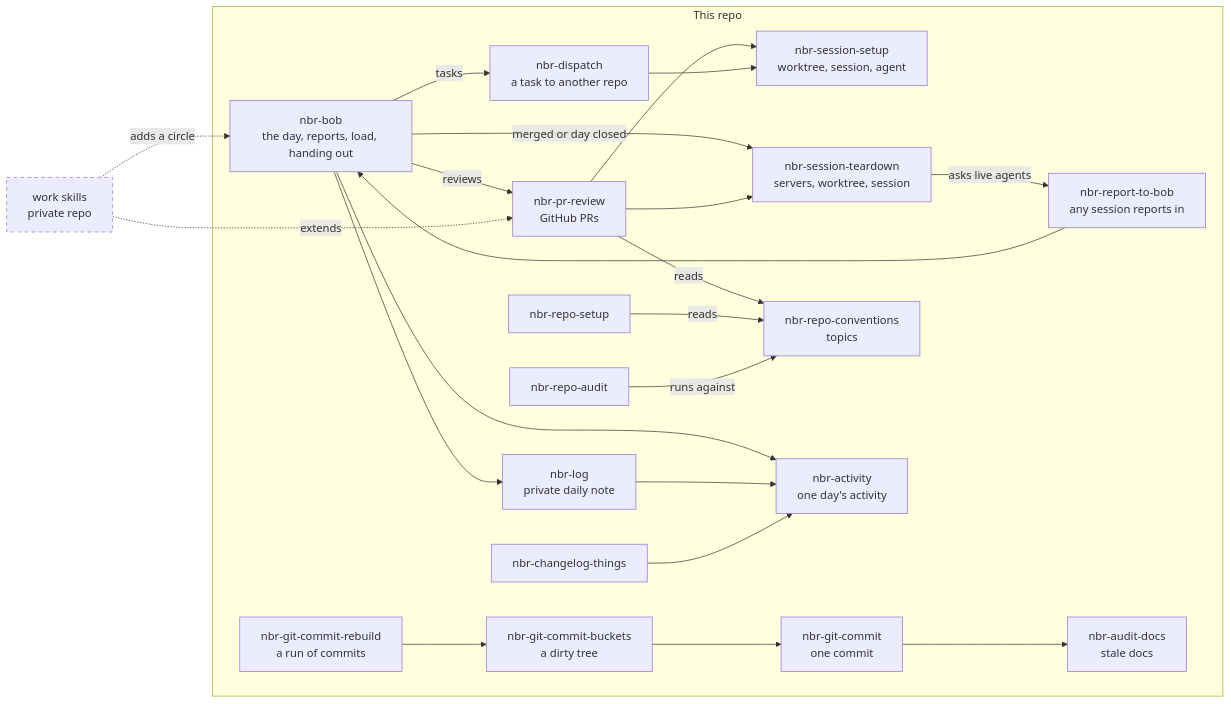
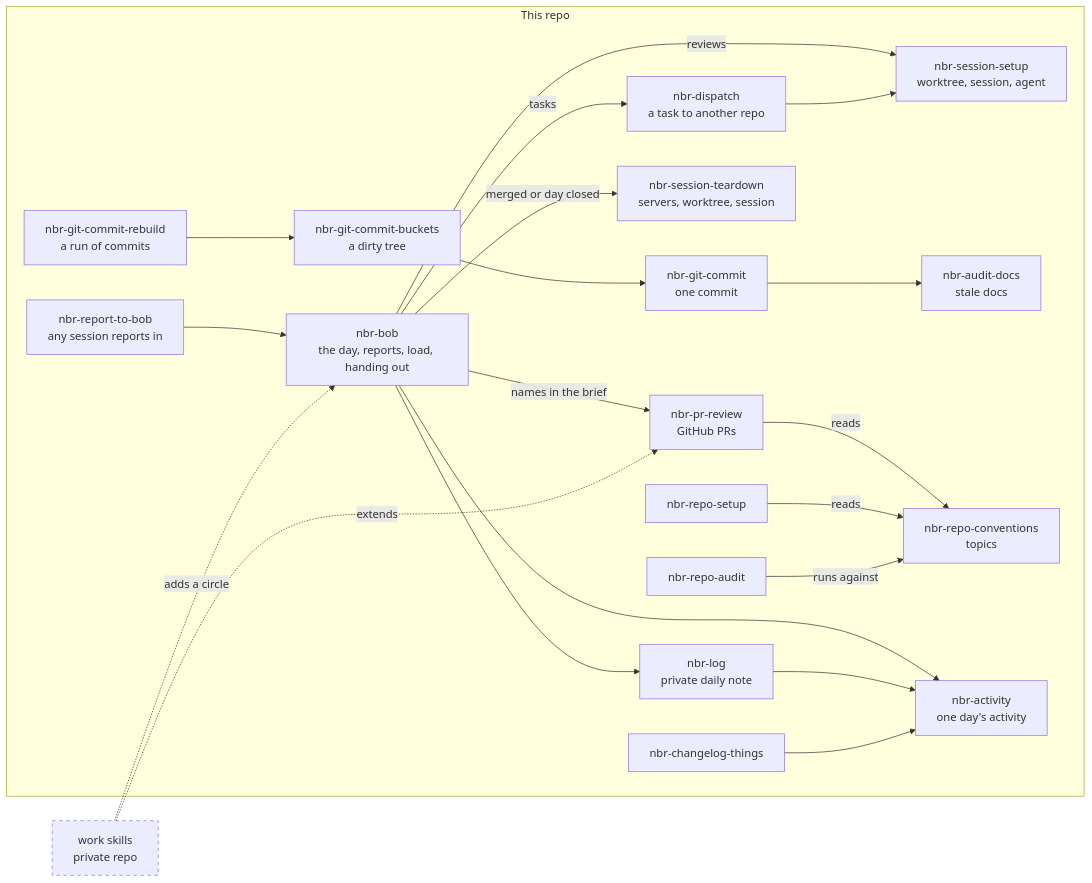
Before and after one commit to nikbrunner/agents: the diagram in README.md, drawn with Mermaid. The commit also changed other lines of this file and 4 other files, not shown here.

Commit message:
move PR review sessions from the review skill to Bob

````diff
--- a/README.md
+++ b/README.md
@@ -124,42 +124,40 @@
 ```mermaid
 flowchart LR
   subgraph user["This repo"]
     bob["nbr-bob<br/>the day, reports, load, handing out"]
     report["nbr-report-to-bob<br/>any session reports in"]
     dispatch["nbr-dispatch<br/>a task to another repo"]
     review["nbr-pr-review<br/>GitHub PRs"]
     setup["nbr-session-setup<br/>worktree, session, agent"]
     teardown["nbr-session-teardown<br/>servers, worktree, session"]
     commit["nbr-git-commit<br/>one commit"]
     buckets["nbr-git-commit-buckets<br/>a dirty tree"]
     rebuild["nbr-git-commit-rebuild<br/>a run of commits"]
     audit["nbr-audit-docs<br/>stale docs"]
     conventions["nbr-repo-conventions<br/>topics"]
     rsetup["nbr-repo-setup"]
     raudit["nbr-repo-audit"]
     activity["nbr-activity<br/>one day's activity"]
     nlog["nbr-log<br/>private daily note"]
     things["nbr-changelog-things"]
   end
   work["work skills<br/>private repo"]
   report --> bob
-  bob -- reviews --> review
+  bob -- reviews --> setup
+  bob -- names in the brief --> review
   bob -- tasks --> dispatch
   bob -- merged or day closed --> teardown
   bob --> nlog
   bob --> activity
   work -. extends .-> review
   work -. adds a circle .-> bob
-  review --> setup
-  review --> teardown
   dispatch --> setup
-  teardown -- asks live agents --> report
   review -- reads --> conventions
   rebuild --> buckets --> commit --> audit
   rsetup -- reads --> conventions
   raudit -- runs against --> conventions
   nlog --> activity
   things --> activity
   classDef private stroke-dasharray: 5 5
   class work private
 ```
````
